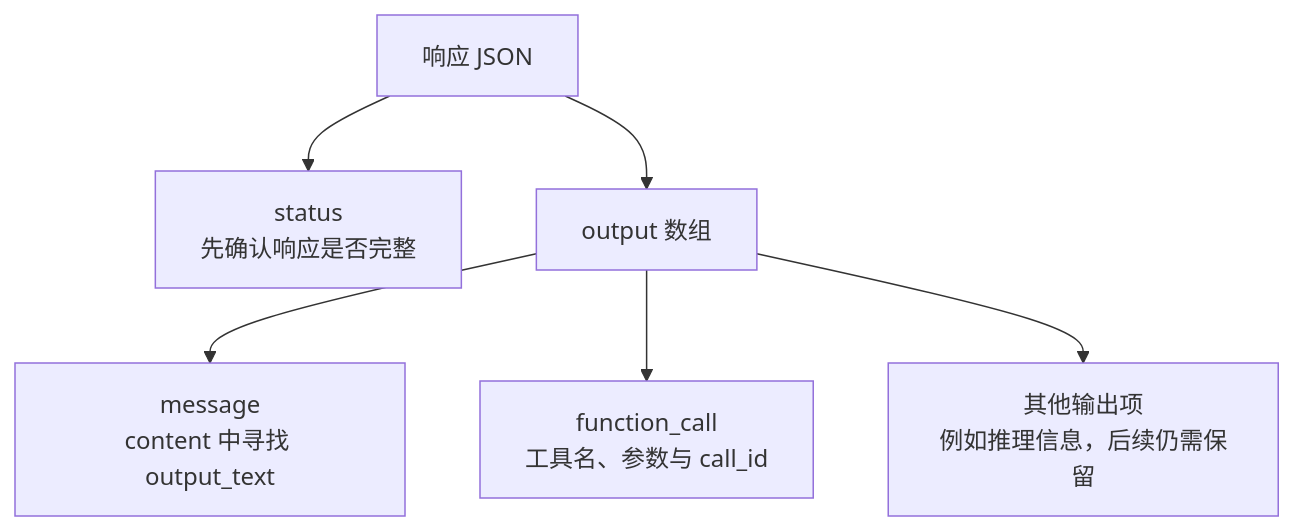
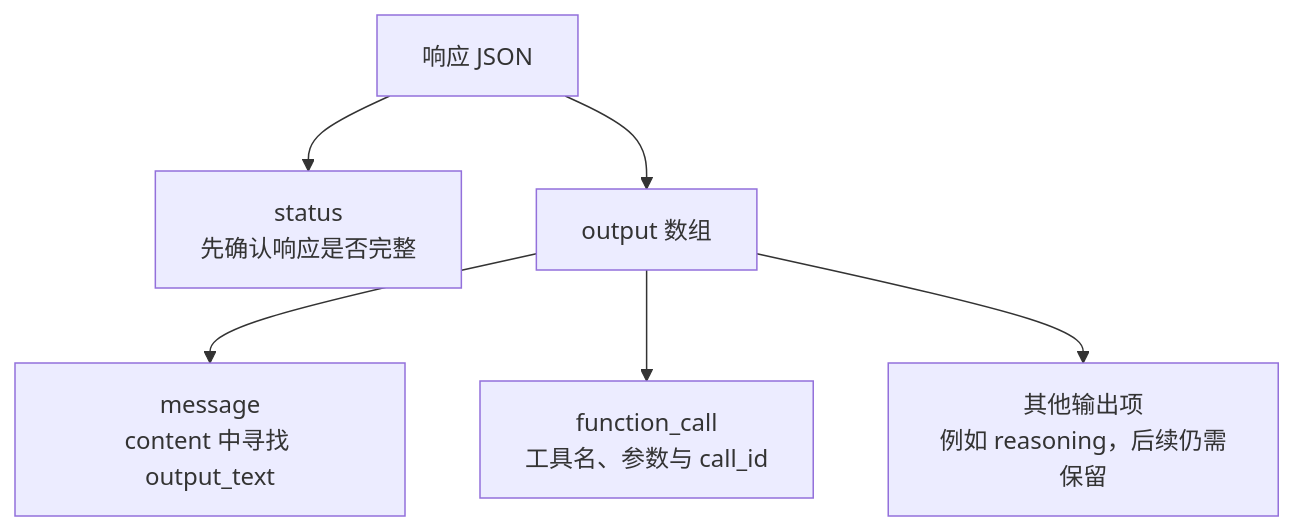
Before and after one commit to eriklee1895/crabloop: the first of 2 diagrams in tutorial/v1/01-responses.md, drawn with Mermaid. The commit also changed other lines of this file and 15 other files, not shown here.

````diff
--- a/tutorial/v1/01-responses.md
+++ b/tutorial/v1/01-responses.md
@@ -80,8 +74,8 @@
 ```mermaid
 flowchart TD
     R["响应 JSON"] --> S["status<br/>先确认响应是否完整"]
     R --> O["output 数组"]
     O --> M["message<br/>content 中寻找 output_text"]
     O --> F["function_call<br/>工具名、参数与 call_id"]
-    O --> X["其他输出项<br/>例如推理信息，后续仍需保留"]
+    O --> X["其他输出项<br/>例如 reasoning，后续仍需保留"]
 ```
````
